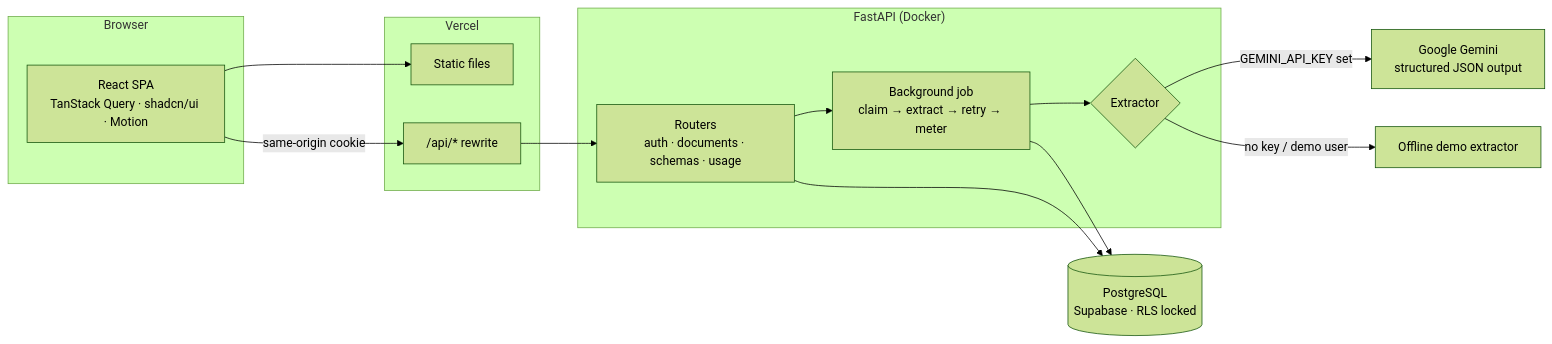
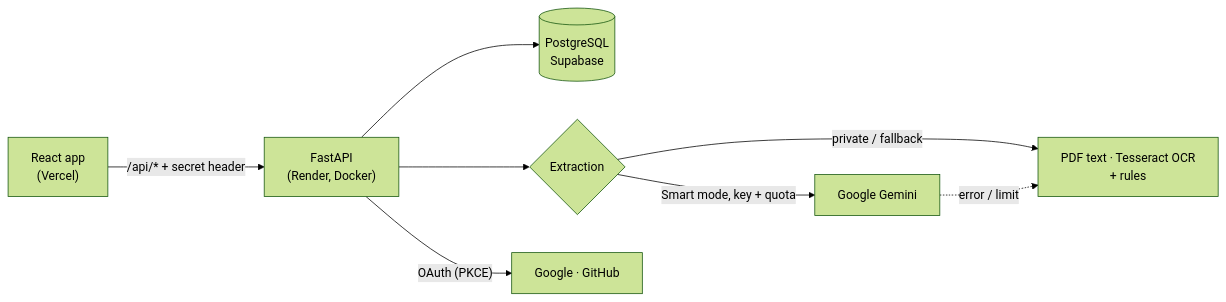
One commit to Statzs/docuextract-ai changed the first of 2 diagrams in README.md. Above: the diagram before and after it, drawn with Mermaid (forest theme). The commit also changed other lines of this file and 7 other files, not shown here.

Commit message:
Docs: hybrid reading, privacy, admin, OAuth setup, interview demo

````diff
--- a/README.md
+++ b/README.md
@@ -73,26 +134,10 @@
 ```mermaid
 flowchart LR
-    subgraph Browser
-        SPA["React SPA<br/>TanStack Query · shadcn/ui · Motion"]
-    end
-    subgraph Vercel
-        Static["Static files"]
-        Proxy["/api/* rewrite"]
-    end
-    subgraph API["FastAPI (Docker)"]
-        Routers["Routers<br/>auth · documents · schemas · usage"]
-        Jobs["Background job<br/>claim → extract → retry → meter"]
-        Extractors{"Extractor"}
-    end
-    DB[("PostgreSQL<br/>Supabase · RLS locked")]
-    Gemini["Google Gemini<br/>structured JSON output"]
-    Demo["Offline demo extractor"]
-
-    SPA --> Static
-    SPA -- "same-origin cookie" --> Proxy --> Routers
-    Routers --> DB
-    Routers --> Jobs --> Extractors
-    Extractors -- "GEMINI_API_KEY set" --> Gemini
-    Extractors -- "no key / demo user" --> Demo
-    Jobs --> DB
+    SPA["React app<br/>(Vercel)"] -- "/api/* + secret header" --> API["FastAPI<br/>(Render, Docker)"]
+    API --> DB[("PostgreSQL<br/>Supabase")]
+    API --> Pipe{"Extraction"}
+    Pipe -- "Smart mode, key + quota" --> Gemini["Google Gemini"]
+    Pipe -- "private / fallback" --> Std["PDF text · Tesseract OCR<br/>+ rules"]
+    Gemini -. "error / limit" .-> Std
+    API -- "OAuth (PKCE)" --> IdP["Google · GitHub"]
 ```
````
